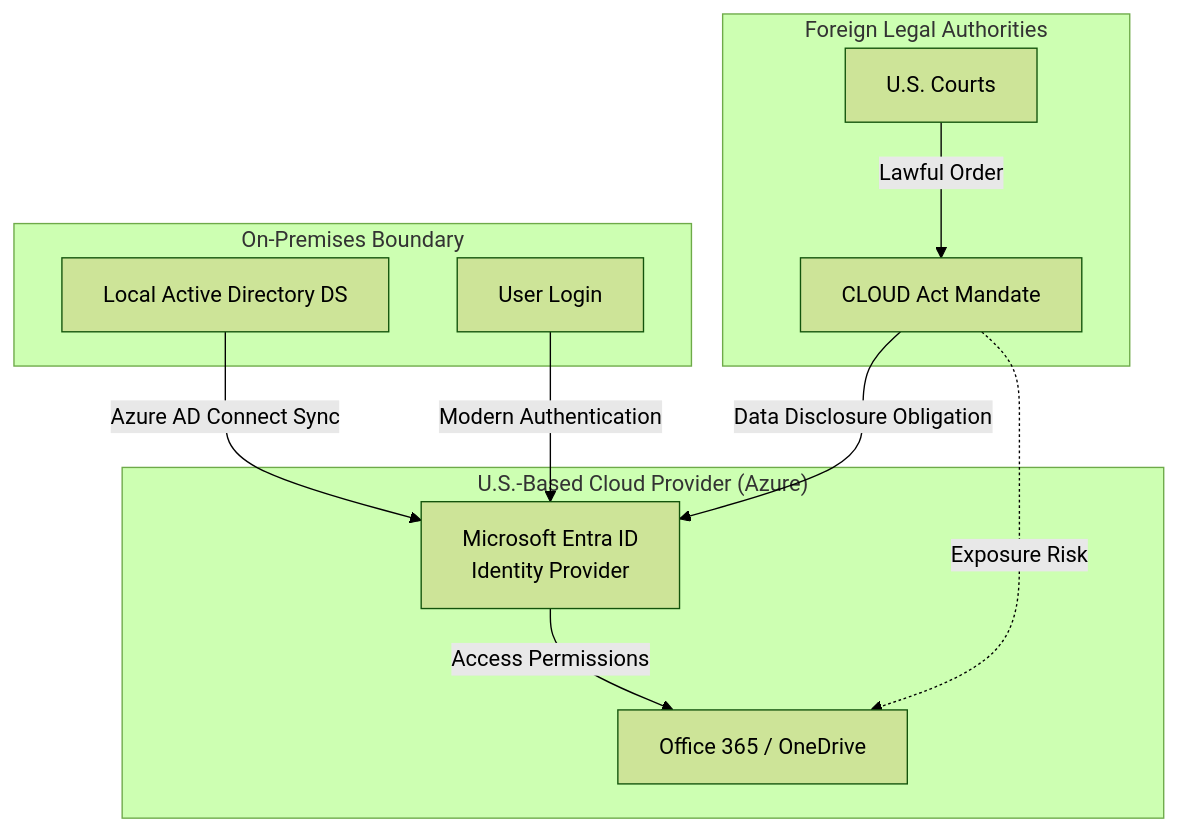
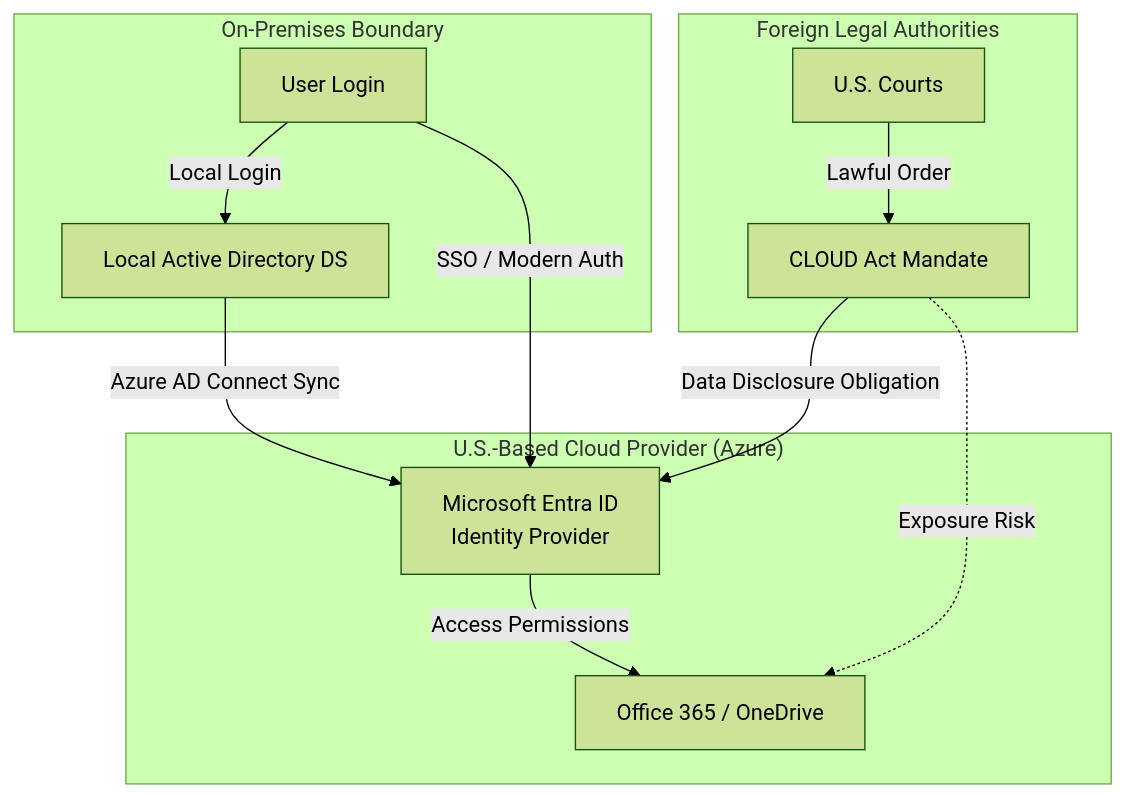
Before and after one commit to yusufarbc/yusufarbc: the first of 2 diagrams in website/content/nextcloud-onlyoffice/en.md, drawn with Mermaid (forest theme). The commit also changed other lines of this file and 20 other files, not shown here.

````diff
--- a/website/content/nextcloud-onlyoffice/en.md
+++ b/website/content/nextcloud-onlyoffice/en.md
@@ -68,25 +76,26 @@
 ```mermaid
 graph TD
     subgraph "On-Premises Boundary"
         AD[Local Active Directory DS]
         User[User Login]
     end
 
     subgraph "U.S.-Based Cloud Provider (Azure)"
         Entra[Microsoft Entra ID <br/> Identity Provider]
         SaaS[Office 365 / OneDrive]
     end
 
     subgraph "Foreign Legal Authorities"
         Court[U.S. Courts]
         CloudAct[CLOUD Act Mandate]
     end
 
     AD -->|Azure AD Connect Sync| Entra
-    User -->|Modern Authentication| Entra
+    User -->|Local Login| AD
+    User -->|SSO / Modern Auth| Entra
     Entra -->|Access Permissions| SaaS
     
     Court -->|Lawful Order| CloudAct
     CloudAct -->|Data Disclosure Obligation| Entra
     CloudAct -.->|Exposure Risk| SaaS
 ```
````
